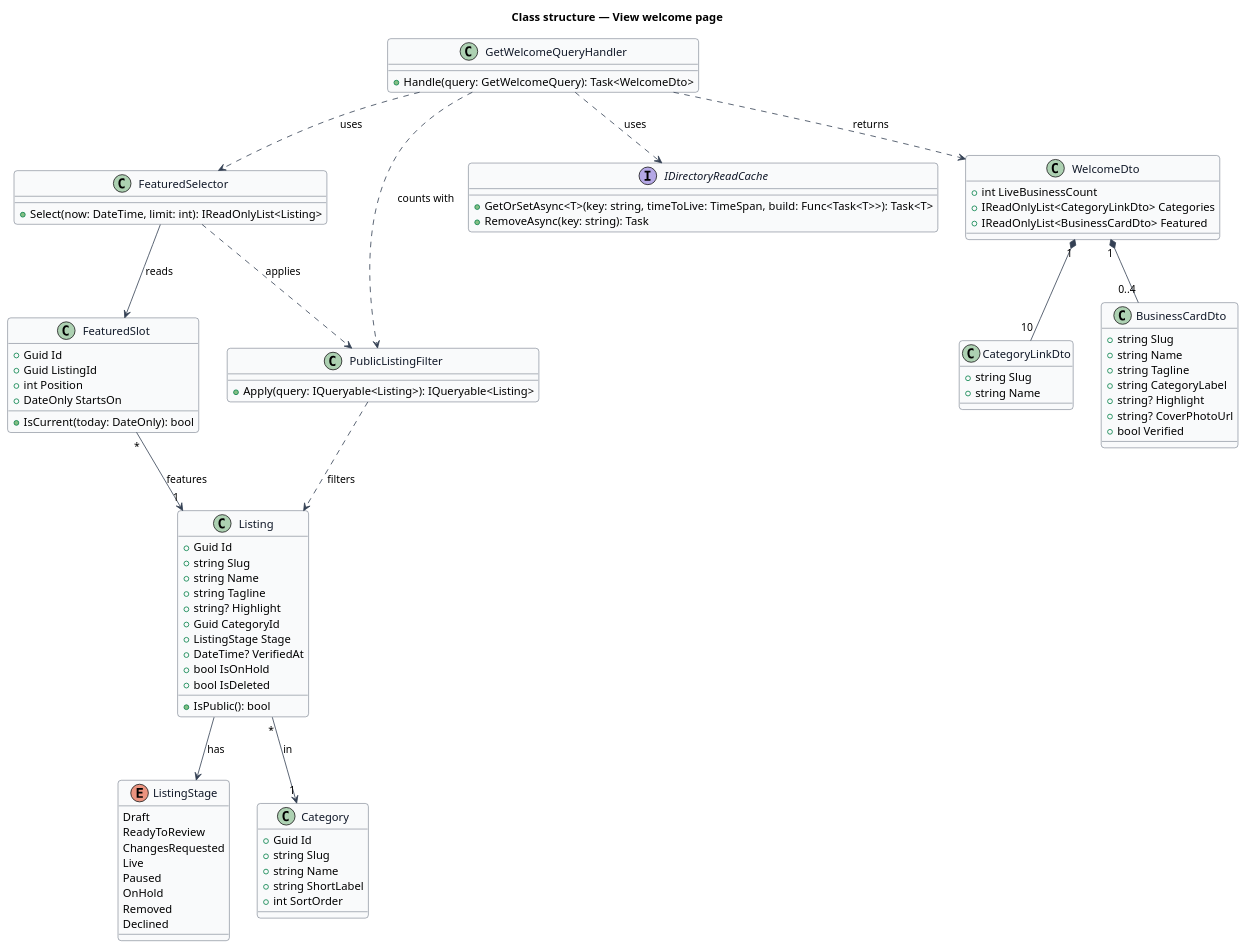
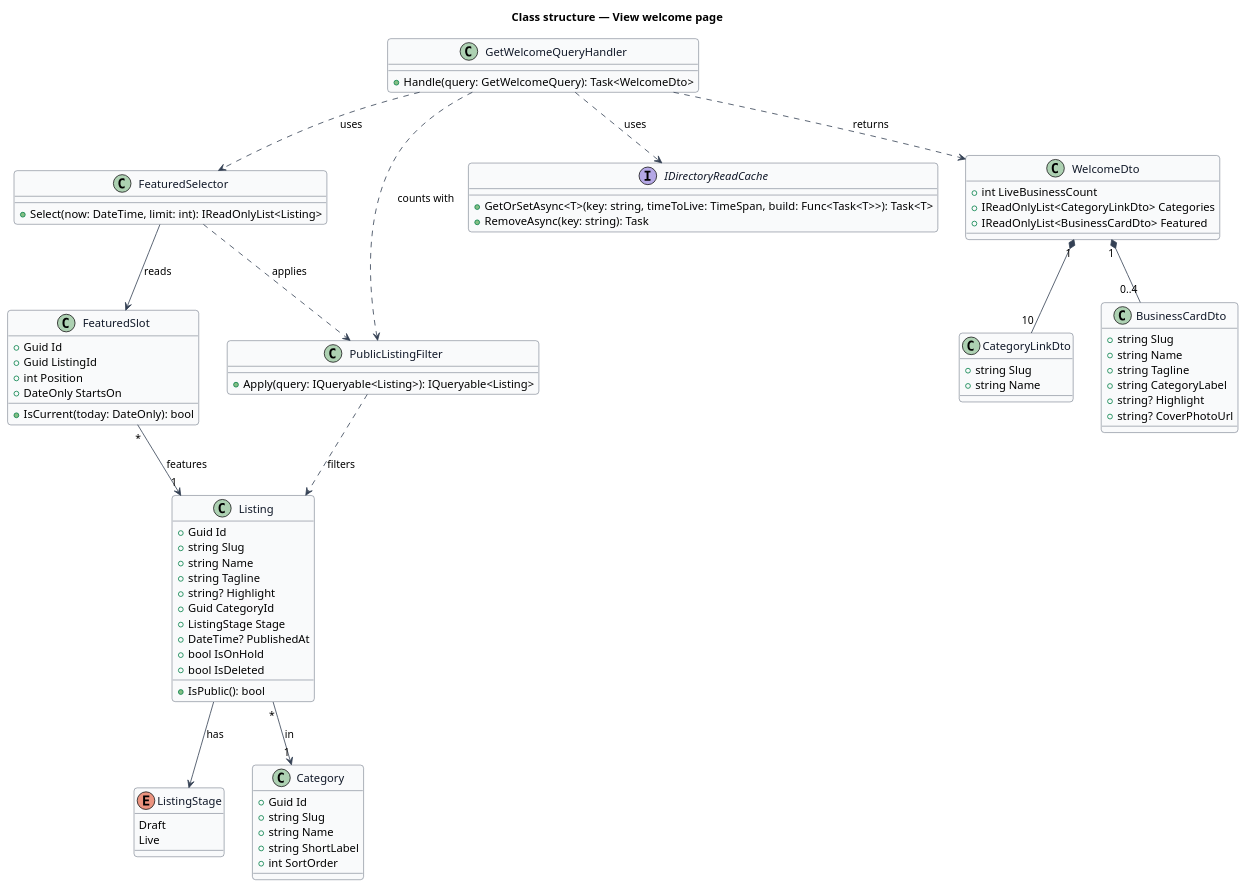
Before and after one commit to QuinntyneBrown/jubilee: the diagram in docs/detailed-designs/directory/view-welcome-page/diagrams/class-structure.puml, drawn with PlantUML. The commit also changed 1076 other files, not shown here.

```diff
--- a/docs/detailed-designs/directory/view-welcome-page/diagrams/class-structure.puml
+++ b/docs/detailed-designs/directory/view-welcome-page/diagrams/class-structure.puml
@@ -1,108 +1,101 @@
 @startuml
 ' --- shared skin header ---
 skinparam backgroundColor #FFFFFF
 skinparam shadowing false
 skinparam roundcorner 8
 skinparam defaultFontName Arial
 skinparam ArrowColor #344054
 skinparam class {
   BorderColor #344054
   FontColor #101828
   BackgroundColor #F9FAFB
 }
 ' --------------------------
 title Class structure — View welcome page
 
 
 enum ListingStage {
   Draft
-  ReadyToReview
-  ChangesRequested
   Live
-  Paused
-  OnHold
-  Removed
-  Declined
 }
 
 class Listing {
   +Guid Id
   +string Slug
   +string Name
   +string Tagline
   +string? Highlight
   +Guid CategoryId
   +ListingStage Stage
-  +DateTime? VerifiedAt
+  +DateTime? PublishedAt
   +bool IsOnHold
   +bool IsDeleted
   +IsPublic(): bool
 }
 
 class Category {
   +Guid Id
   +string Slug
   +string Name
   +string ShortLabel
   +int SortOrder
 }
 
 class FeaturedSlot {
   +Guid Id
   +Guid ListingId
   +int Position
   +DateOnly StartsOn
   +IsCurrent(today: DateOnly): bool
 }
 
 class FeaturedSelector {
   +Select(now: DateTime, limit: int): IReadOnlyList<Listing>
 }
 
 class PublicListingFilter {
   +Apply(query: IQueryable<Listing>): IQueryable<Listing>
 }
 
 interface IDirectoryReadCache {
   +GetOrSetAsync<T>(key: string, timeToLive: TimeSpan, build: Func<Task<T>>): Task<T>
   +RemoveAsync(key: string): Task
 }
 
 class GetWelcomeQueryHandler {
   +Handle(query: GetWelcomeQuery): Task<WelcomeDto>
 }
 
 class WelcomeDto {
   +int LiveBusinessCount
   +IReadOnlyList<CategoryLinkDto> Categories
   +IReadOnlyList<BusinessCardDto> Featured
 }
 
 class CategoryLinkDto {
   +string Slug
   +string Name
 }
 
 class BusinessCardDto {
   +string Slug
   +string Name
   +string Tagline
   +string CategoryLabel
   +string? Highlight
   +string? CoverPhotoUrl
-  +bool Verified
 }
 
 GetWelcomeQueryHandler ..> WelcomeDto : returns
 GetWelcomeQueryHandler ..> IDirectoryReadCache : uses
 GetWelcomeQueryHandler ..> PublicListingFilter : counts with
 GetWelcomeQueryHandler ..> FeaturedSelector : uses
 WelcomeDto "1" *-- "10" CategoryLinkDto
 WelcomeDto "1" *-- "0..4" BusinessCardDto
 FeaturedSelector --> FeaturedSlot : reads
 FeaturedSelector ..> PublicListingFilter : applies
 FeaturedSlot "*" --> "1" Listing : features
 Listing "*" --> "1" Category : in
 Listing --> ListingStage : has
 PublicListingFilter ..> Listing : filters
 @enduml
```
